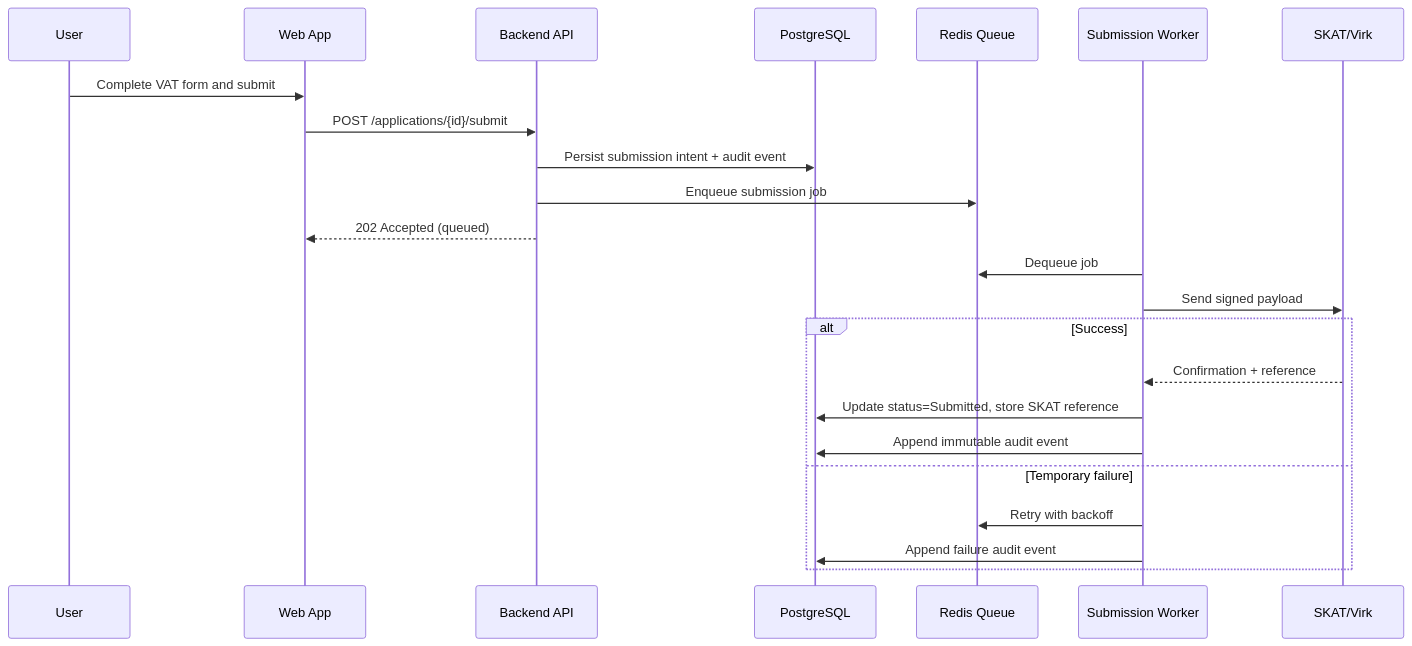
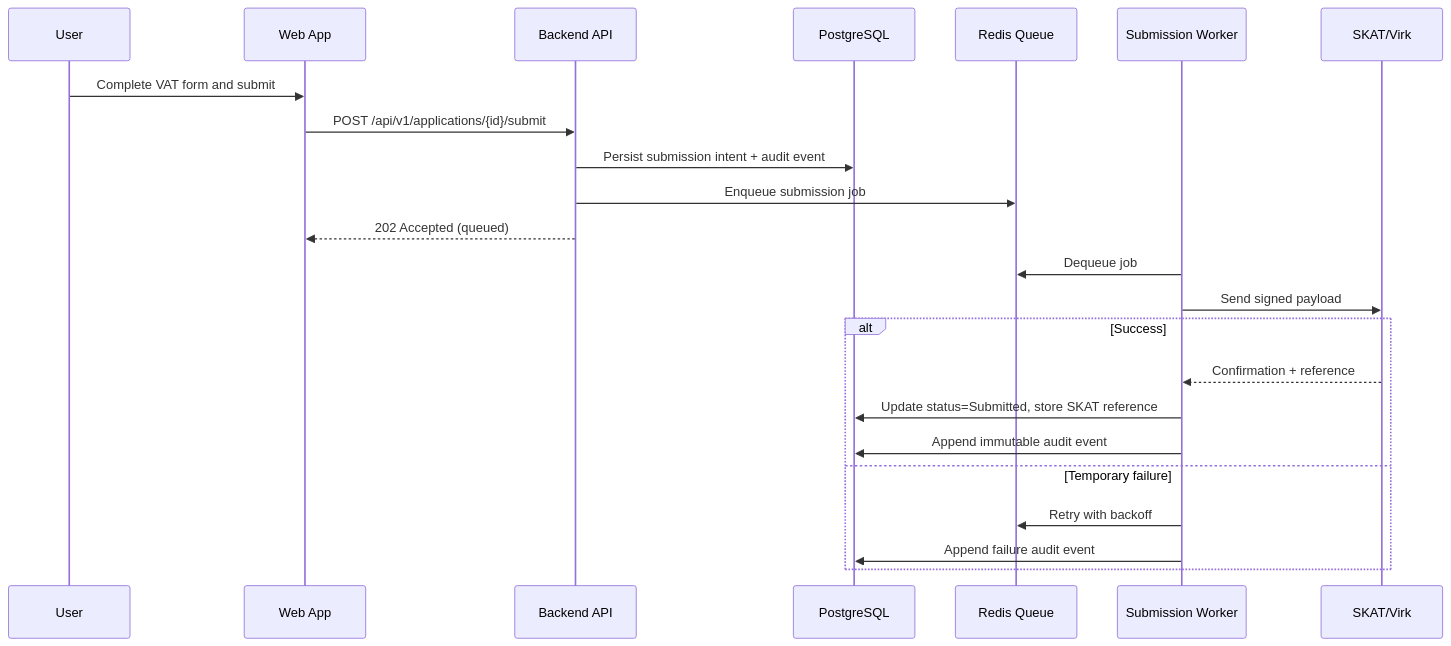
One commit to SVESSENC/VATfolder changed the diagram in docs/diagrams/03-submission-sequence.md. Above: the diagram before and after it, drawn with Mermaid. The commit also changed 19 other files, not shown here.

Commit message:
cleanup architect

````diff
--- a/docs/diagrams/03-submission-sequence.md
+++ b/docs/diagrams/03-submission-sequence.md
@@ -3,27 +3,27 @@
 ```mermaid
 sequenceDiagram
   participant User
   participant FE as Web App
   participant API as Backend API
   participant DB as PostgreSQL
   participant Q as Redis Queue
   participant W as Submission Worker
   participant SKAT as SKAT/Virk
 
   User->>FE: Complete VAT form and submit
-  FE->>API: POST /applications/{id}/submit
+  FE->>API: POST /api/v1/applications/{id}/submit
   API->>DB: Persist submission intent + audit event
   API->>Q: Enqueue submission job
   API-->>FE: 202 Accepted (queued)
 
   W->>Q: Dequeue job
   W->>SKAT: Send signed payload
   alt Success
     SKAT-->>W: Confirmation + reference
     W->>DB: Update status=Submitted, store SKAT reference
     W->>DB: Append immutable audit event
   else Temporary failure
     W->>Q: Retry with backoff
     W->>DB: Append failure audit event
   end
 ```
````
